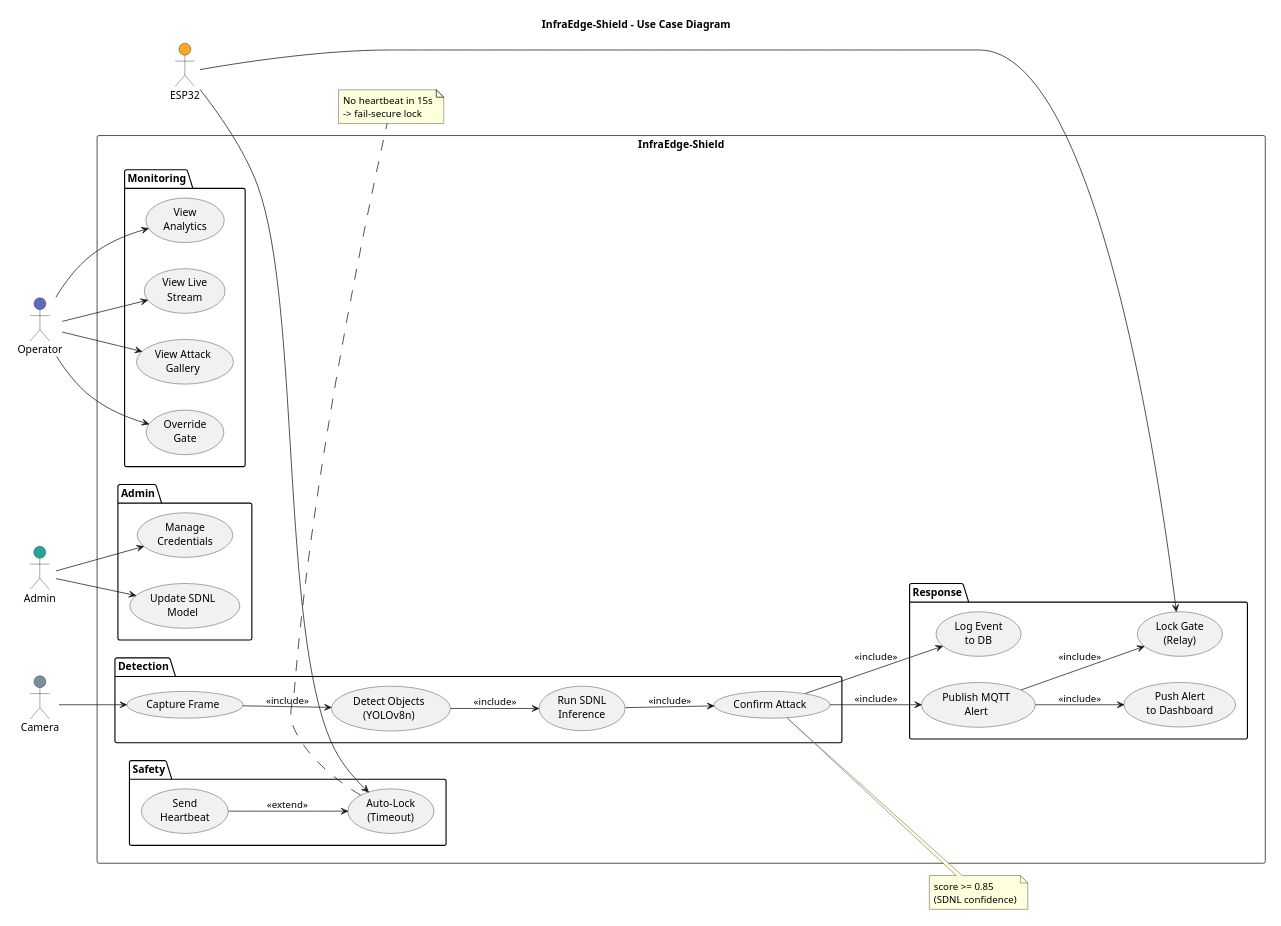
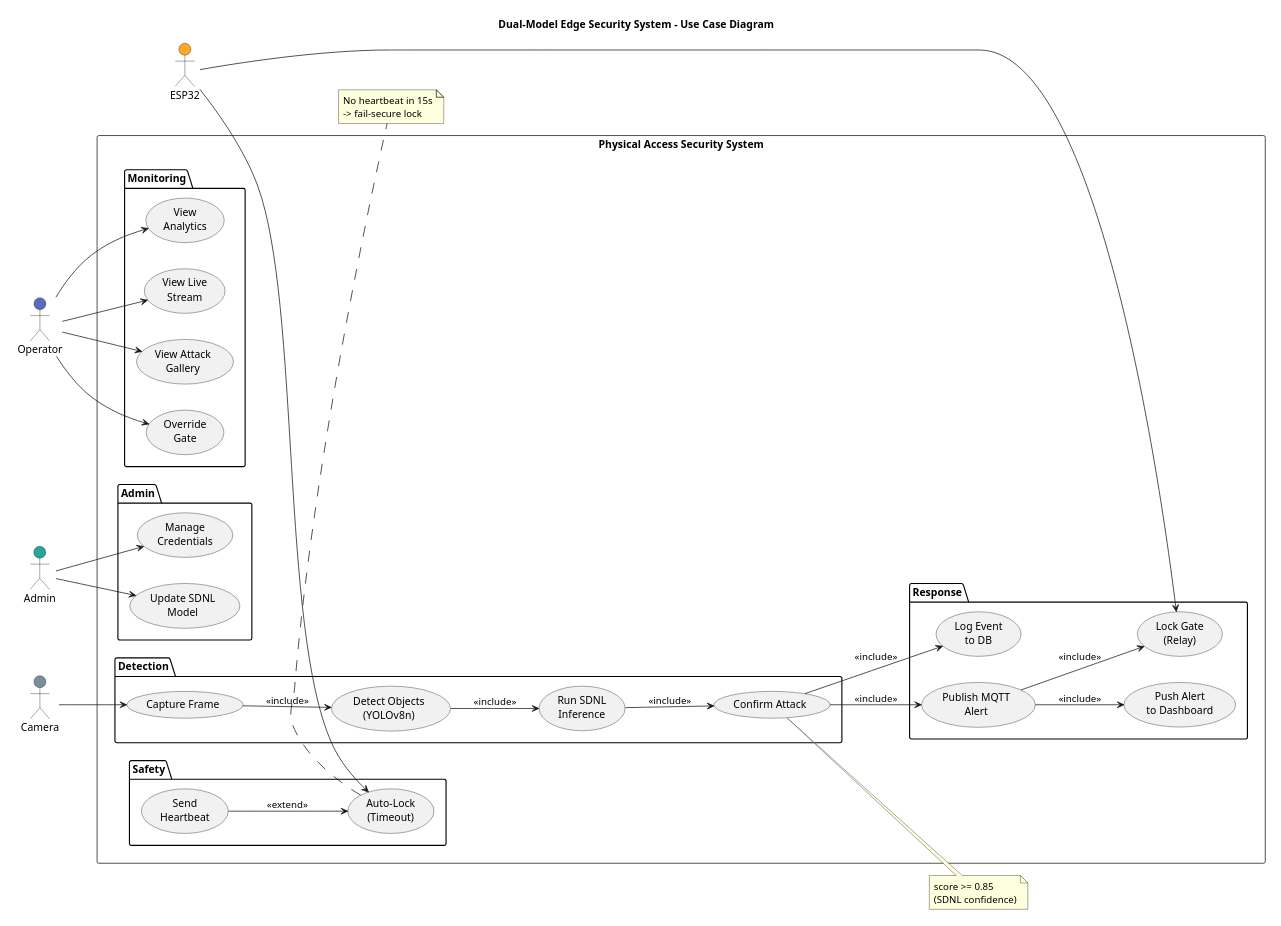
One commit to Prasannaa-V/Adversarial-Patch-Attack changed the first of 3 diagrams in docs/diagram_sources.md. Above: the diagram before and after it, drawn with PlantUML. The commit also changed other lines of this file and 20 other files, not shown here.

````diff
--- a/docs/diagram_sources.md
+++ b/docs/diagram_sources.md
@@ -73,74 +73,74 @@
 ```plantuml
 @startuml
 scale 800 width
 left to right direction
 
-title InfraEdge-Shield - Use Case Diagram
+title Dual-Model Edge Security System - Use Case Diagram
 
 actor "Operator" as OP #5C6BC0
 actor "Admin" as AD #26A69A
 actor "Camera" as CAM #78909C
 actor "ESP32" as ESP #FFA726
 
-rectangle "InfraEdge-Shield" {
+rectangle "Physical Access Security System" {
   package "Detection" {
     usecase "Capture Frame" as UC1
     usecase "Detect Objects\n(YOLOv8n)" as UC2
     usecase "Run SDNL\nInference" as UC3
     usecase "Confirm Attack" as UC4
   }
   package "Response" {
     usecase "Publish MQTT\nAlert" as UC5
     usecase "Lock Gate\n(Relay)" as UC6
     usecase "Log Event\nto DB" as UC7
     usecase "Push Alert\nto Dashboard" as UC8
   }
   package "Monitoring" {
     usecase "View Live\nStream" as UC9
     usecase "View Attack\nGallery" as UC10
     usecase "Override\nGate" as UC11
     usecase "View\nAnalytics" as UC12
   }
   package "Admin" {
     usecase "Update SDNL\nModel" as UC13
     usecase "Manage\nCredentials" as UC14
   }
   package "Safety" {
     usecase "Send\nHeartbeat" as UC15
     usecase "Auto-Lock\n(Timeout)" as UC16
   }
 }
 
 CAM --> UC1
 UC1 --> UC2 : <<include>>
 UC2 --> UC3 : <<include>>
 UC3 --> UC4 : <<include>>
 UC4 --> UC5 : <<include>>
 UC4 --> UC7 : <<include>>
 UC5 --> UC6 : <<include>>
 UC5 --> UC8 : <<include>>
 
 ESP --> UC6
 ESP --> UC16
 
 OP --> UC9
 OP --> UC10
 OP --> UC11
 OP --> UC12
 
 AD --> UC13
 AD --> UC14
 
 UC15 --> UC16 : <<extend>>
 
 note right of UC4
   score >= 0.85
   (SDNL confidence)
 end note
 
 note bottom of UC16
   No heartbeat in 15s
   -> fail-secure lock
 end note
 @enduml
 ```
````
